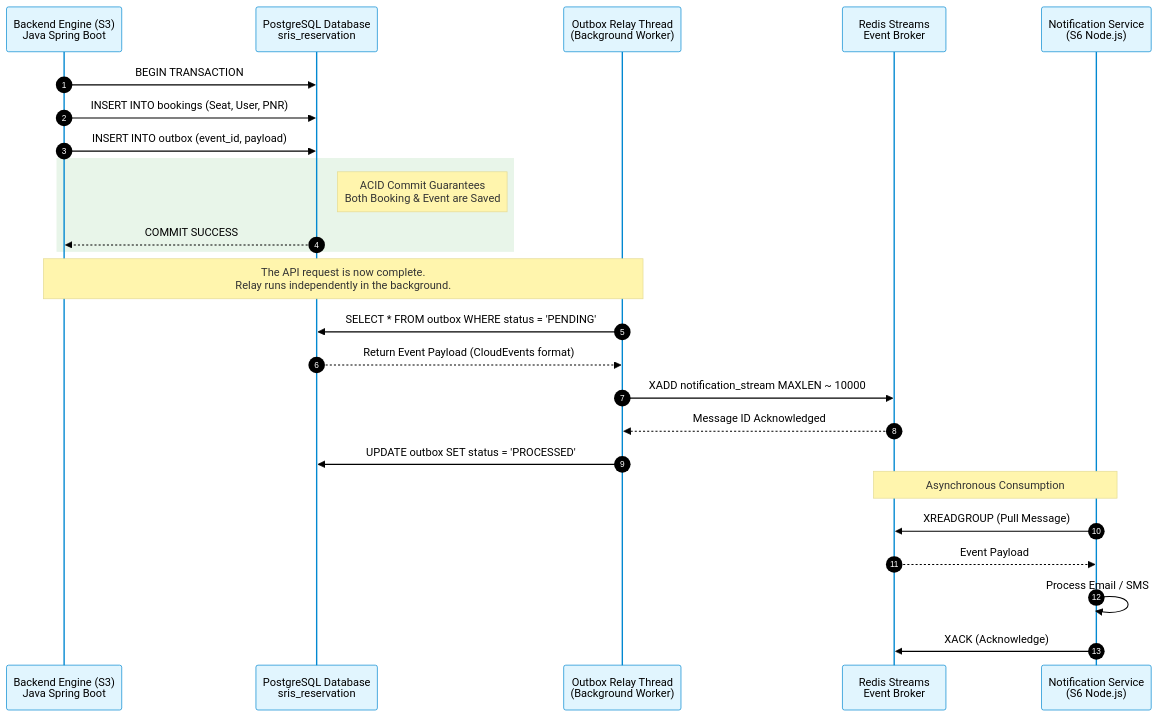
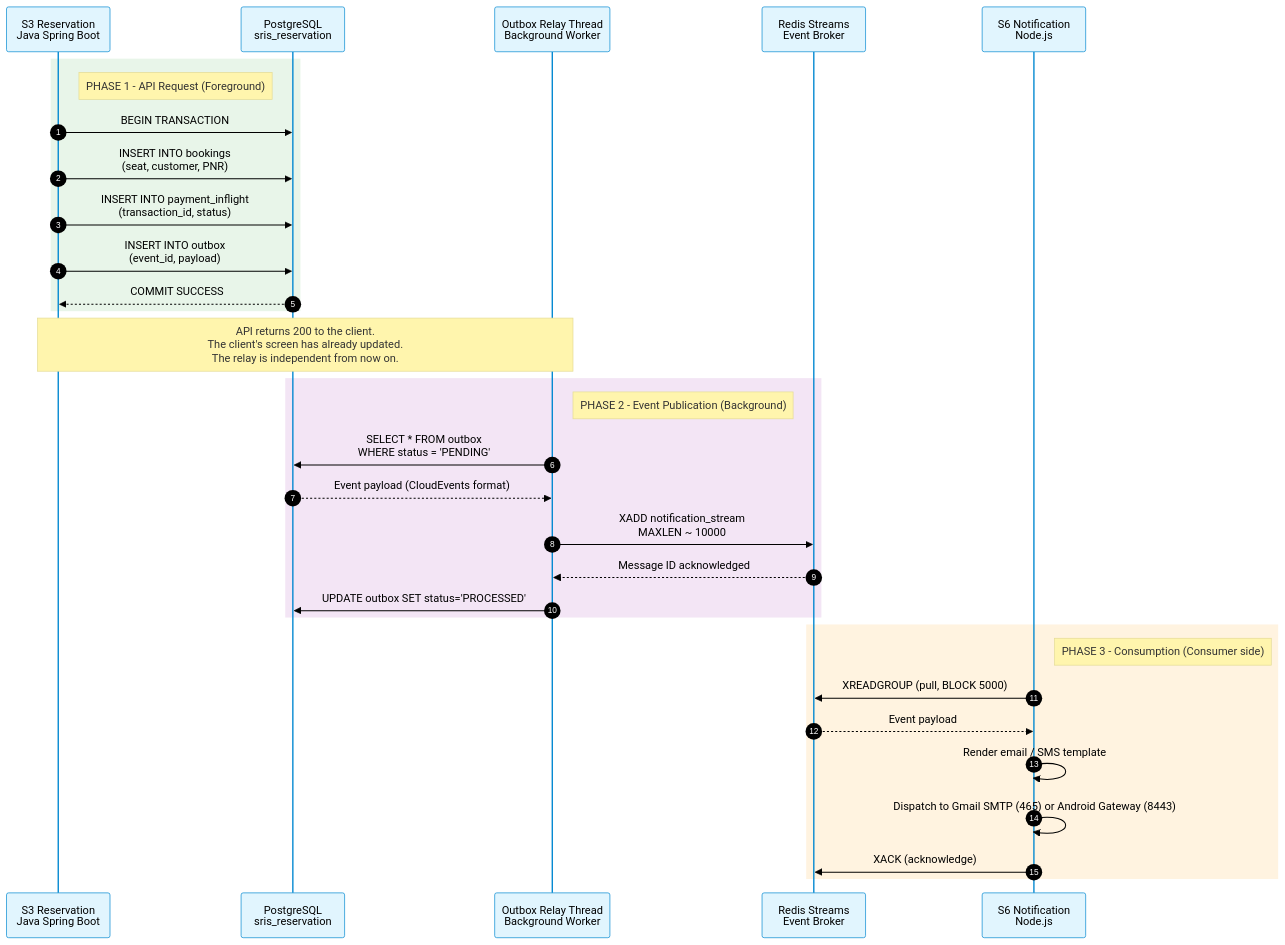
The fourth of 8 diagrams in docs/phase-1-foundation/wave-2-architecture/SRIS-P1-ARCH-009_ServiceInteractionAndCommunicationDesign.md (koushaljhacs/sris), drawn with Mermaid before and after one commit. The commit also changed other lines of this file, not shown here.

````diff
--- a/docs/phase-1-foundation/wave-2-architecture/SRIS-P1-ARCH-009_ServiceInteractionAndCommunicationDesign.md
+++ b/docs/phase-1-foundation/wave-2-architecture/SRIS-P1-ARCH-009_ServiceInteractionAndCommunicationDesign.md
@@ -388,51 +523,54 @@
 ```mermaid
 %%{init: {
   "theme": "base",
   "themeVariables": {
     "primaryColor": "#E8F5E9",
     "primaryTextColor": "#000",
     "primaryBorderColor": "#388E3C",
     "lineColor": "#000",
     "secondaryColor": "#FFF3E0",
     "tertiaryColor": "#F3E5F5",
     "actorBkg": "#E1F5FE",
     "actorBorder": "#0288D1"
   },
   "sequence": {
     "messageMargin": 40,
     "actorMargin": 60
   }
 }}%%
 sequenceDiagram
     autonumber
-    participant S3 as Backend Engine (S3)<br/>Java Spring Boot
-    participant DB as PostgreSQL Database<br/>sris_reservation
-    participant Relay as Outbox Relay Thread<br/>(Background Worker)
+    participant S3 as S3 Reservation<br/>Java Spring Boot
+    participant DB as PostgreSQL<br/>sris_reservation
+    participant Relay as Outbox Relay Thread<br/>Background Worker
     participant Redis as Redis Streams<br/>Event Broker
-    participant S6 as Notification Service<br/>(S6 Node.js)
+    participant S6 as S6 Notification<br/>Node.js
 
+    rect rgb(232, 245, 233)
+    Note right of S3: PHASE 1 - API Request (Foreground)
     S3->>DB: BEGIN TRANSACTION
-    S3->>DB: INSERT INTO bookings (Seat, User, PNR)
-    S3->>DB: INSERT INTO outbox (event_id, payload)
-    
-    rect rgb(232, 245, 233)
-    Note right of DB: ACID Commit Guarantees<br/>Both Booking & Event are Saved
+    S3->>DB: INSERT INTO bookings<br/>(seat, customer, PNR)
+    S3->>DB: INSERT INTO payment_inflight<br/>(transaction_id, status)
+    S3->>DB: INSERT INTO outbox<br/>(event_id, payload)
     DB-->>S3: COMMIT SUCCESS
     end
-    
-    Note over S3, Relay: The API request is now complete.<br/>Relay runs independently in the background.
-    
-    Relay->>DB: SELECT * FROM outbox WHERE status = 'PENDING'
-    DB-->>Relay: Return Event Payload (CloudEvents format)
-    
-    Relay->>Redis: XADD notification_stream MAXLEN ~ 10000
-    Redis-->>Relay: Message ID Acknowledged
-    
-    Relay->>DB: UPDATE outbox SET status = 'PROCESSED'
-    
-    Note over Redis, S6: Asynchronous Consumption
-    S6->>Redis: XREADGROUP (Pull Message)
-    Redis-->>S6: Event Payload
-    S6->>S6: Process Email / SMS
-    S6->>Redis: XACK (Acknowledge)
+    Note over S3, Relay: API returns 200 to the client.<br/>The client's screen has already updated.<br/>The relay is independent from now on.
+
+    rect rgb(243, 229, 245)
+    Note right of Relay: PHASE 2 - Event Publication (Background)
+    Relay->>DB: SELECT * FROM outbox<br/>WHERE status = 'PENDING'
+    DB-->>Relay: Event payload (CloudEvents format)
+    Relay->>Redis: XADD notification_stream<br/>MAXLEN ~ 10000
+    Redis-->>Relay: Message ID acknowledged
+    Relay->>DB: UPDATE outbox SET status='PROCESSED'
+    end
+
+    rect rgb(255, 243, 224)
+    Note right of S6: PHASE 3 - Consumption (Consumer side)
+    S6->>Redis: XREADGROUP (pull, BLOCK 5000)
+    Redis-->>S6: Event payload
+    S6->>S6: Render email / SMS template
+    S6->>S6: Dispatch to Gmail SMTP (465) or Android Gateway (8443)
+    S6->>Redis: XACK (acknowledge)
+    end
 ```
````
